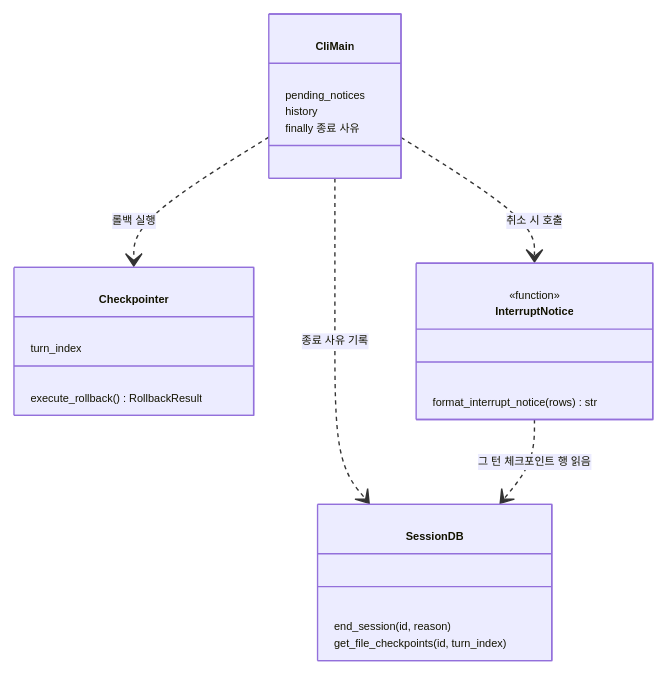
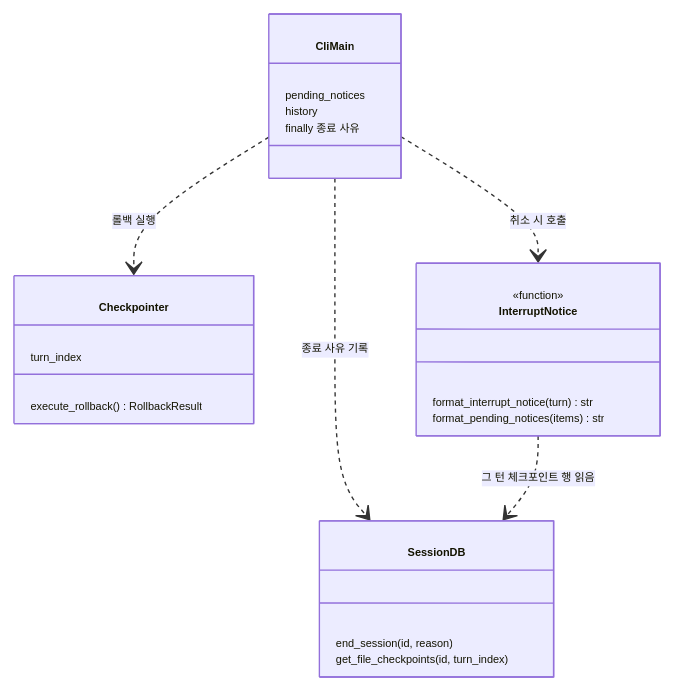
The third of 5 diagrams in docs/로드맵/13-중단-종료-정합-MVP/ROADMAP.md (RadiantCitron/hermes-agent-study), drawn with Mermaid before and after one commit. The commit also changed other lines of this file and 1 other file, not shown here.

Commit message:
docs(roadmap): R13-PLAN - 지시서 030 취소 알림
Claude-Session: https://claude.ai/code/session_013ZfYJDGB8D6nMp2yuC7UcX

````diff
--- a/docs/로드맵/13-중단-종료-정합-MVP/ROADMAP.md
+++ b/docs/로드맵/13-중단-종료-정합-MVP/ROADMAP.md
@@ -61,25 +61,26 @@
 ```mermaid
 %%{init: {"themeVariables": {"fontSize": "8px"}}}%%
 classDiagram
   class CliMain {
     pending_notices
     history
     finally 종료 사유
   }
   class Checkpointer {
     turn_index
     execute_rollback() RollbackResult
   }
   class InterruptNotice {
     <<function>>
-    format_interrupt_notice(rows) str
+    format_interrupt_notice(turn) str
+    format_pending_notices(items) str
   }
   class SessionDB {
     end_session(id, reason)
     get_file_checkpoints(id, turn_index)
   }
   CliMain ..> InterruptNotice : 취소 시 호출
   CliMain ..> SessionDB : 종료 사유 기록
   InterruptNotice ..> SessionDB : 그 턴 체크포인트 행 읽음
   CliMain ..> Checkpointer : 롤백 실행
 ```
````
